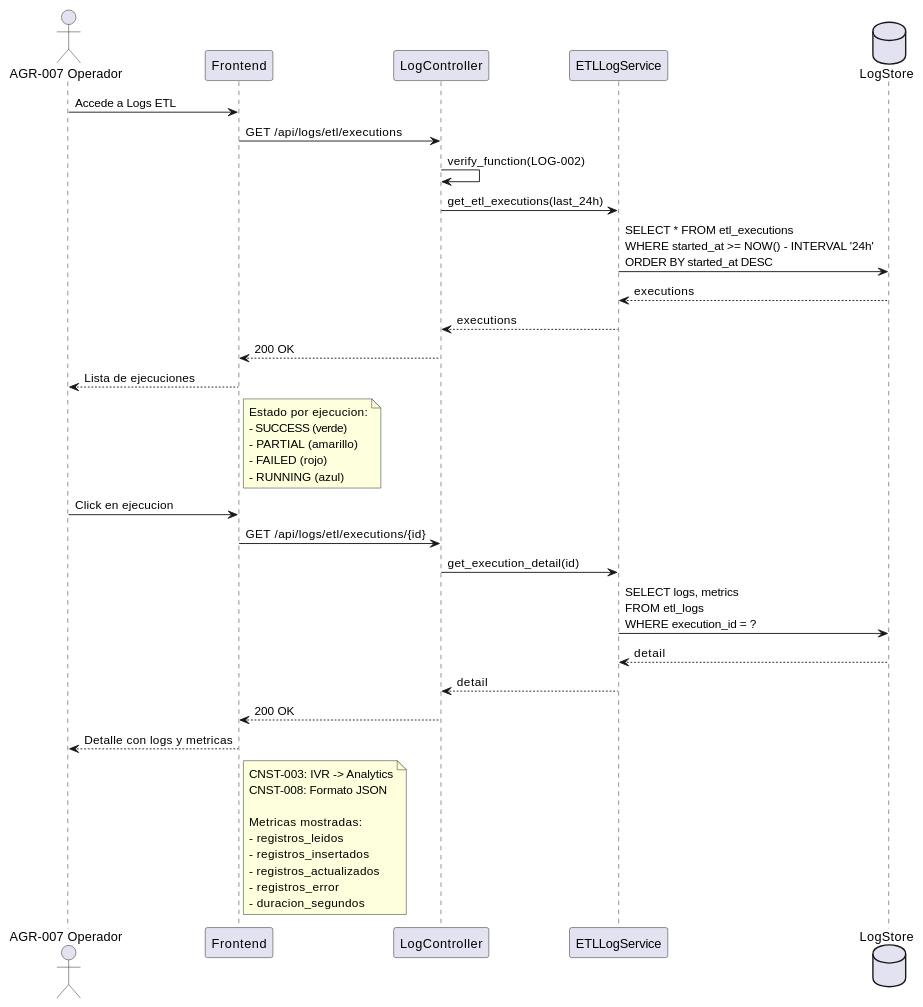
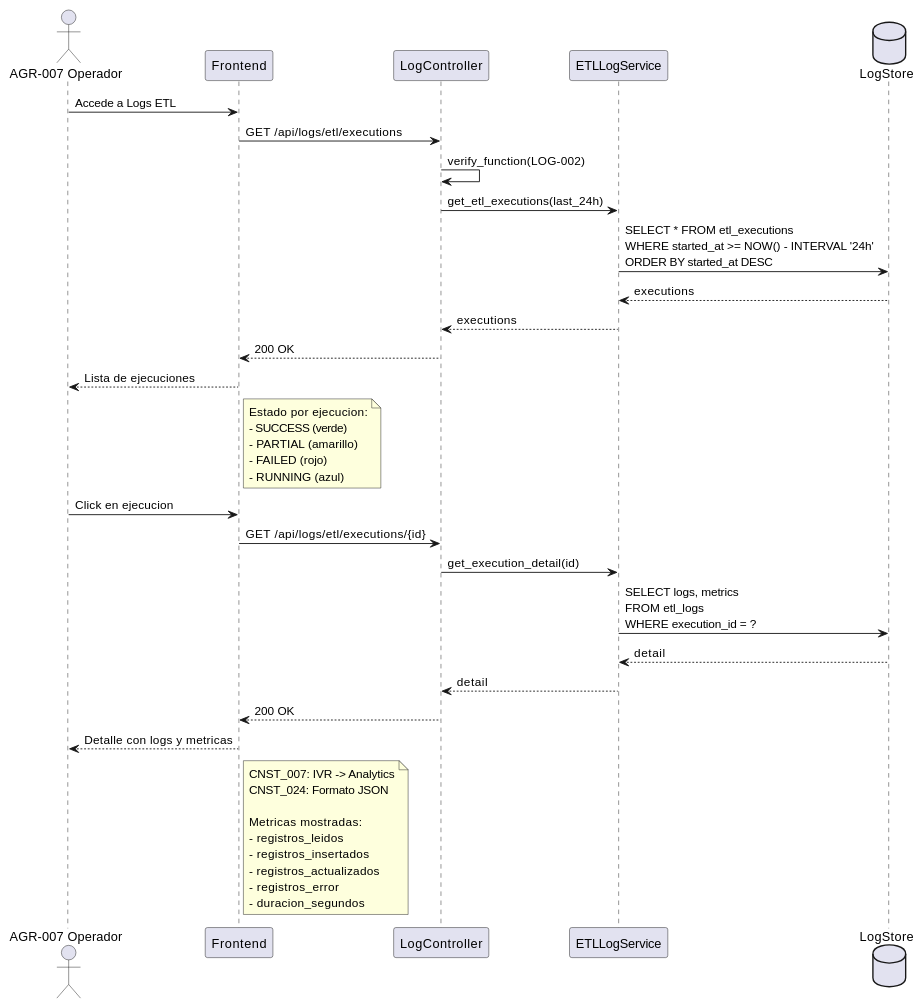
One commit to jcg-admin/IACT-docs changed the second of 3 diagrams in source/requisitos/casos_uso/logs/UC_LOG_02_Consultar_Logs_ETL.rst. Above: the diagram before and after it, drawn with PlantUML. The commit also changed other lines of this file and 67 other files, not shown here.

```diff
--- a/source/requisitos/casos_uso/logs/UC_LOG_02_Consultar_Logs_ETL.rst
+++ b/source/requisitos/casos_uso/logs/UC_LOG_02_Consultar_Logs_ETL.rst
@@ -153,50 +153,50 @@
 .. uml::
    :caption: Diagrama de Secuencia - UC_LOG_02
 
    @startuml
    actor "AGR-007 Operador" as O
    participant "Frontend" as FE
    participant "LogController" as LC
    participant "ETLLogService" as ELS
    database "LogStore" as DB
 
    O -> FE: Accede a Logs ETL
    FE -> LC: GET /api/logs/etl/executions
    LC -> LC: verify_function(LOG-002)
 
    LC -> ELS: get_etl_executions(last_24h)
    ELS -> DB: SELECT * FROM etl_executions\nWHERE started_at >= NOW() - INTERVAL '24h'\nORDER BY started_at DESC
    DB --> ELS: executions
    ELS --> LC: executions
    LC --> FE: 200 OK
    FE --> O: Lista de ejecuciones
 
    note right of FE
      Estado por ejecucion:
      - SUCCESS (verde)
      - PARTIAL (amarillo)
      - FAILED (rojo)
      - RUNNING (azul)
    end note
 
    O -> FE: Click en ejecucion
    FE -> LC: GET /api/logs/etl/executions/{id}
    LC -> ELS: get_execution_detail(id)
    ELS -> DB: SELECT logs, metrics\nFROM etl_logs\nWHERE execution_id = ?
    DB --> ELS: detail
    ELS --> LC: detail
    LC --> FE: 200 OK
    FE --> O: Detalle con logs y metricas
 
    note right of FE
-     CNST-003: IVR -> Analytics
-     CNST-008: Formato JSON
+     CNST_007: IVR -> Analytics
+     CNST_024: Formato JSON
 
      Metricas mostradas:
      - registros_leidos
      - registros_insertados
      - registros_actualizados
      - registros_error
      - duracion_segundos
    end note
    @enduml
```
